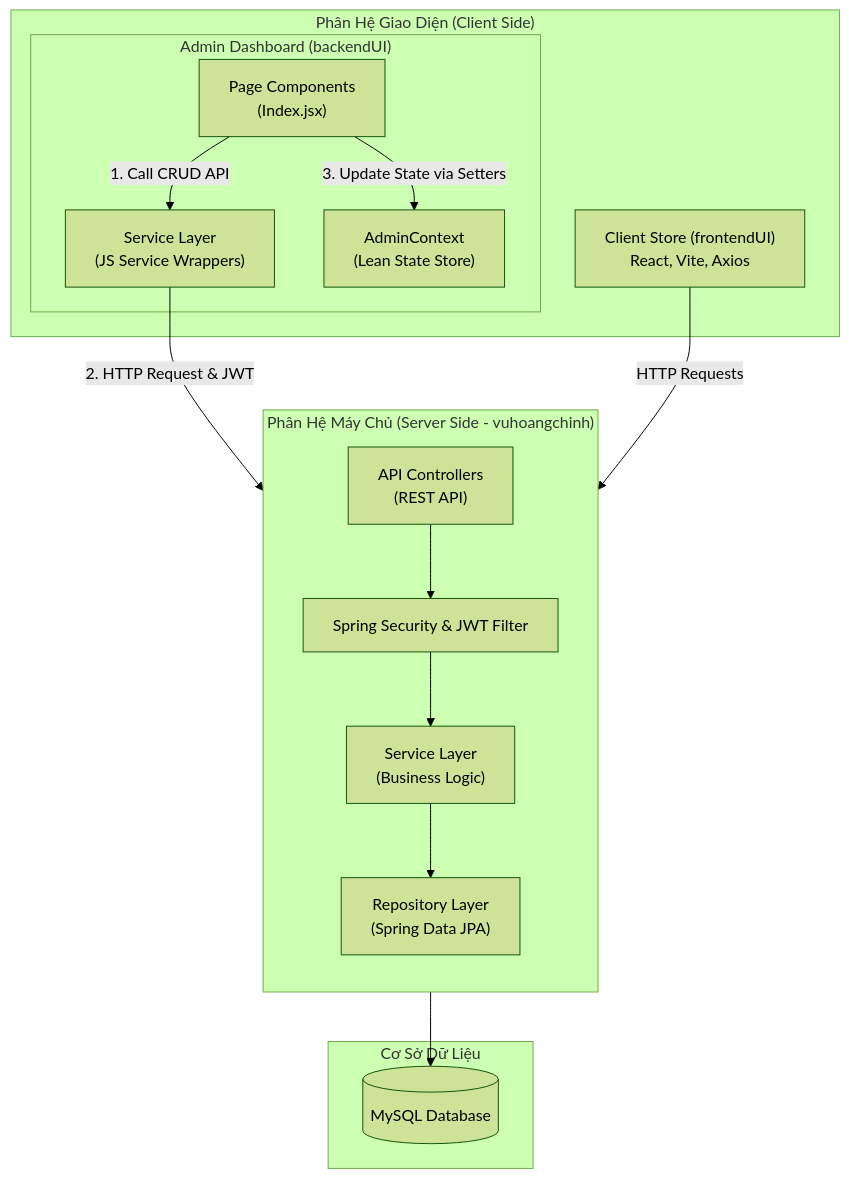
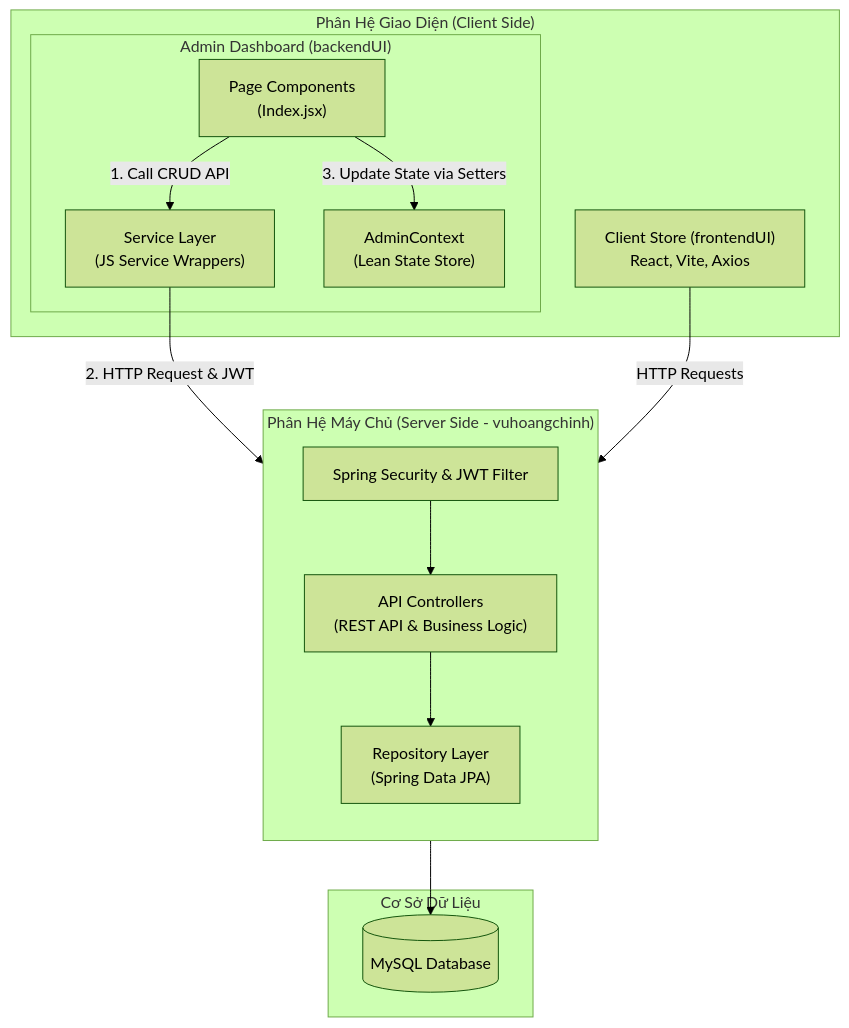
The first of 2 diagrams in README.md (VuHoangChinh222/Web-2), drawn with Mermaid (forest theme) before and after one commit. The commit also changed other lines of this file, not shown here.

Commit message:
Update System Architecture and ERD diagrams in README

````diff
--- a/README.md
+++ b/README.md
@@ -18,33 +18,31 @@
 ```mermaid
 graph TD
     subgraph Clients ["Phân Hệ Giao Diện (Client Side)"]
         subgraph AdminUI ["Admin Dashboard (backendUI)"]
             A["Page Components<br/>(Index.jsx)"]
             AS["Service Layer<br/>(JS Service Wrappers)"]
             AC["AdminContext<br/>(Lean State Store)"]
             A -->|1. Call CRUD API| AS
             A -->|3. Update State via Setters| AC
         end
         B["Client Store (frontendUI)<br/>React, Vite, Axios"]
     end
 
     subgraph Service ["Phân Hệ Máy Chủ (Server Side - vuhoangchinh)"]
         direction TB
-        C["API Controllers<br/>(REST API)"]
         D["Spring Security & JWT Filter"]
-        E["Service Layer<br/>(Business Logic)"]
+        C["API Controllers<br/>(REST API & Business Logic)"]
         F["Repository Layer<br/>(Spring Data JPA)"]
         
-        C --> D
-        D --> E
-        E --> F
+        D --> C
+        C --> F
     end
 
     subgraph Database ["Cơ Sở Dữ Liệu"]
         G[("MySQL Database")]
     end
 
-    AS -- "2. HTTP Request & JWT" --> C
-    B -- "HTTP Requests" --> C
+    AS -- "2. HTTP Request & JWT" --> D
+    B -- "HTTP Requests" --> D
     F --> G
 ```
````
